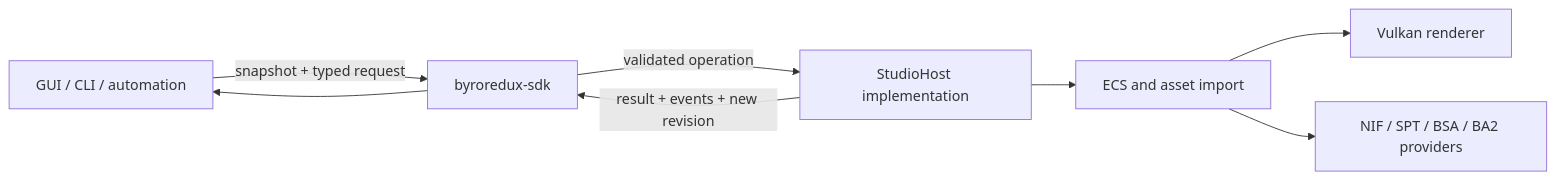
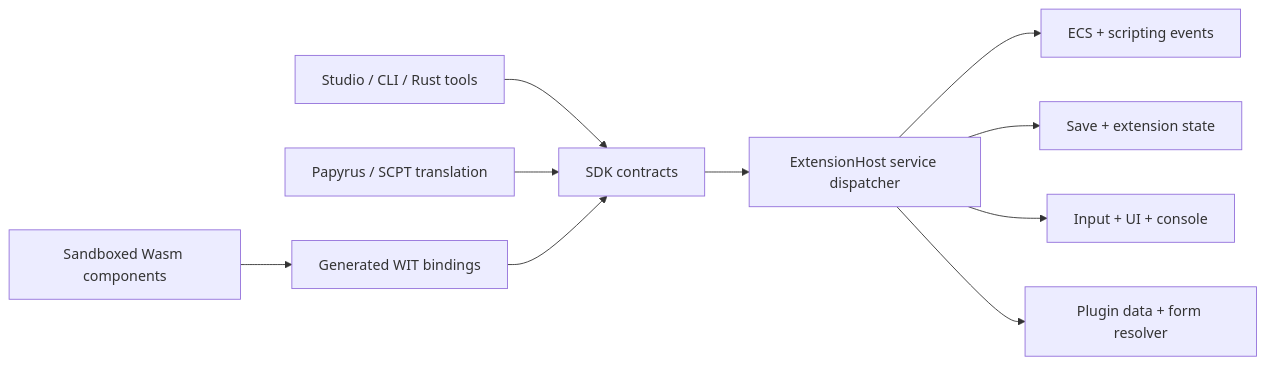
One commit to matiaszanolli/ByroRedux changed the diagram in docs/engine/sdk-v0.1-development-plan.md. Above: the diagram before and after it, drawn with Mermaid. The commit also changed other lines of this file and 11 other files, not shown here.

First line of the commit message:
feat(engine): host sandboxed extensions natively

````diff
--- a/docs/engine/sdk-v0.1-development-plan.md
+++ b/docs/engine/sdk-v0.1-development-plan.md
@@ -94,10 +181,12 @@
 ```mermaid
 flowchart LR
-    C[GUI / CLI / automation] -->|snapshot + typed request| S[byroredux-sdk]
-    S -->|validated operation| H[StudioHost implementation]
-    H --> E[ECS and asset import]
-    E --> R[Vulkan renderer]
-    E --> A[NIF / SPT / BSA / BA2 providers]
-    H -->|result + events + new revision| S
-    S --> C
+    T[Studio / CLI / Rust tools] --> C[SDK contracts]
+    P[Papyrus / SCPT translation] --> C
+    W[Sandboxed Wasm components] --> B[Generated WIT bindings]
+    B --> C
+    C --> H[ExtensionHost service dispatcher]
+    H --> E[ECS + scripting events]
+    H --> S[Save + extension state]
+    H --> I[Input + UI + console]
+    H --> D[Plugin data + form resolver]
 ```
````
